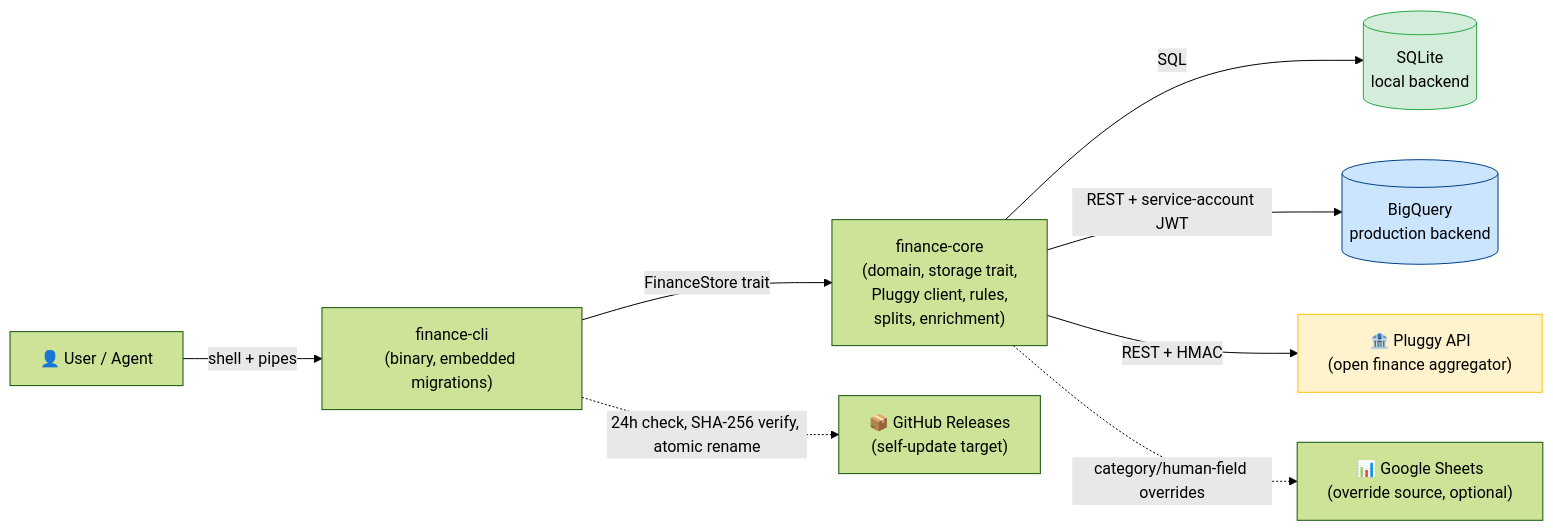
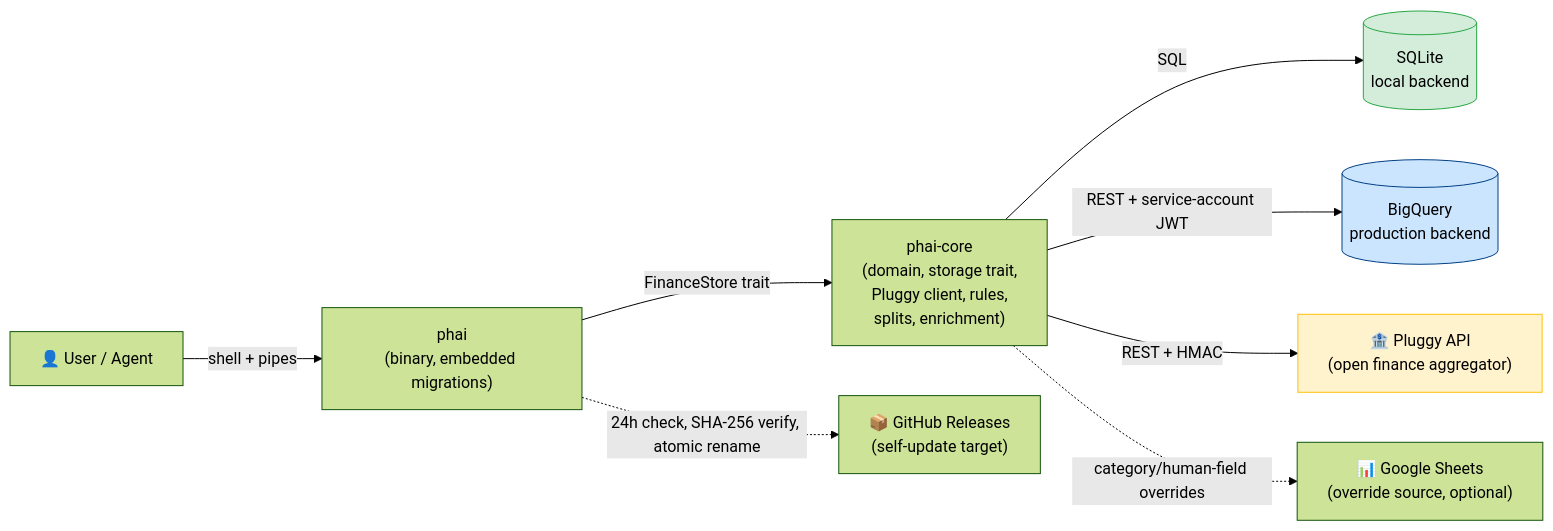
One commit to phai-run/phai changed the first of 3 diagrams in docs/ARCHITECTURE.md. Above: the diagram before and after it, drawn with Mermaid (forest theme). The commit also changed other lines of this file and 29 other files, not shown here.

````diff
--- a/docs/ARCHITECTURE.md
+++ b/docs/ARCHITECTURE.md
@@ -47,23 +47,23 @@
 ```mermaid
 flowchart LR
     User["👤 User / Agent"]
-    CLI["finance-cli\n(binary, embedded migrations)"]
-    Core["finance-core\n(domain, storage trait,\nPluggy client, rules,\nsplits, enrichment)"]
+    CLI["phai\n(binary, embedded migrations)"]
+    Core["phai-core\n(domain, storage trait,\nPluggy client, rules,\nsplits, enrichment)"]
     SQLite[("SQLite\nlocal backend")]
     BQ[("BigQuery\nproduction backend")]
     Pluggy["🏦 Pluggy API\n(open finance aggregator)"]
     Sheets["📊 Google Sheets\n(override source, optional)"]
     Releases["📦 GitHub Releases\n(self-update target)"]
 
     User -->|"shell + pipes"| CLI
     CLI -->|"FinanceStore trait"| Core
     Core -->|"SQL"| SQLite
     Core -->|"REST + service-account JWT"| BQ
     Core -->|"REST + HMAC"| Pluggy
     Core -.->|"category/human-field overrides"| Sheets
     CLI -.->|"24h check, SHA-256 verify, atomic rename"| Releases
 
     style SQLite fill:#d4edda,stroke:#28a745,color:#000
     style BQ fill:#cce5ff,stroke:#004085,color:#000
     style Pluggy fill:#fff3cd,stroke:#ffc107,color:#000
 ```
````
